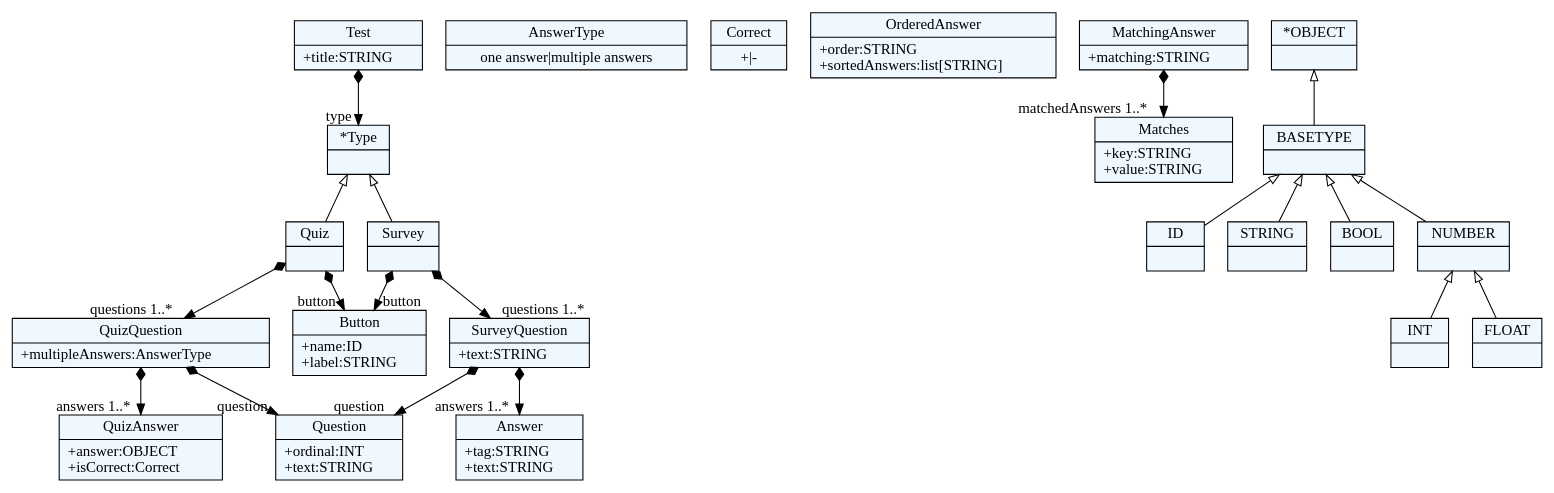
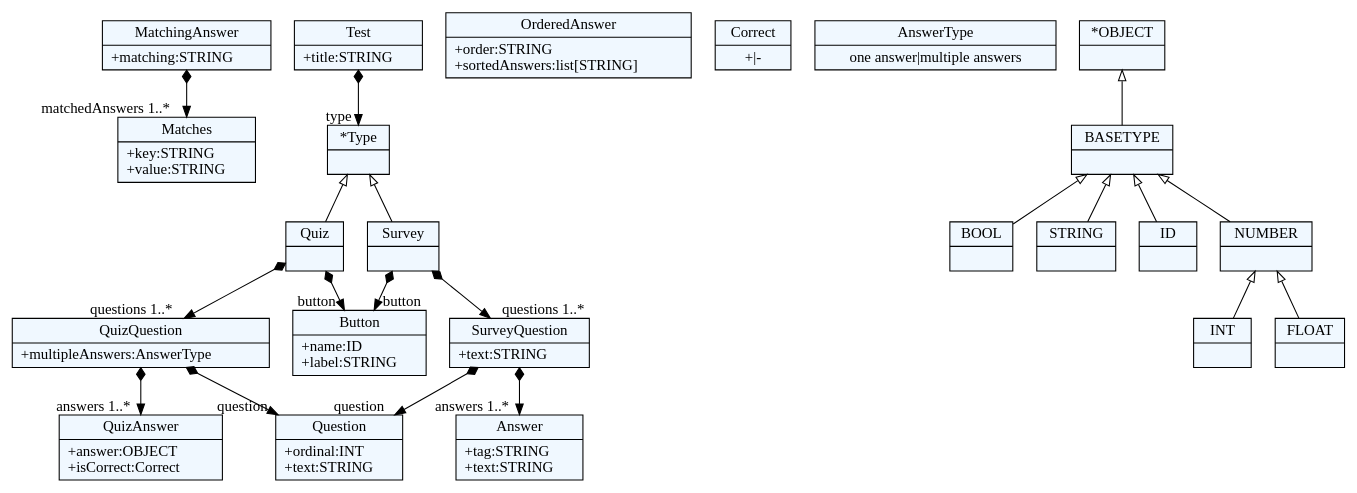
One commit to igen-ftn/quizgen changed the diagram in quiz/quiz.dot. Above: the diagram before and after it, drawn with Graphviz. The commit also changed 39 other files, not shown here.

```diff
--- a/quiz/quiz.dot
+++ b/quiz/quiz.dot
@@ -1,80 +1,80 @@
 
     digraph xtext {
     fontname = "Bitstream Vera Sans"
     fontsize = 8
     node[
         shape=record,
         style=filled,
         fillcolor=aliceblue
     ]
     nodesep = 0.3
     edge[dir=black,arrowtail=empty]
 
 
-2023246167896 -> 2023246152792[arrowtail=diamond, dir=both, headlabel="type "]
-2023246167896[ label="{Test|+title:STRING\l}"]
+30442824[ label="{Matches|+key:STRING\l+value:STRING\l}"]
 
-2023246152792[ label="{*Type|}"]
-2023246152792 -> 2023246144296 [dir=back]
-2023246152792 -> 2023246151848 [dir=back]
+29983272 -> 30681864[arrowtail=diamond, dir=both, headlabel="type "]
+29983272[ label="{Test|+title:STRING\l}"]
 
-2023246144296 -> 2023246172616[arrowtail=diamond, dir=both, headlabel="questions 1..*"]
-2023246144296 -> 2023246156568[arrowtail=diamond, dir=both, headlabel="button "]
-2023246144296[ label="{Quiz|}"]
+30832600[ label="{OrderedAnswer|+order:STRING\l+sortedAnswers:list[STRING]\l}"]
 
-2023246151848 -> 2023246187720[arrowtail=diamond, dir=both, headlabel="questions 1..*"]
-2023246151848 -> 2023246156568[arrowtail=diamond, dir=both, headlabel="button "]
-2023246151848[ label="{Survey|}"]
+30178952[ label="{Button|+name:ID\l+label:STRING\l}"]
 
-2023246172616 -> 2023246179224[arrowtail=diamond, dir=both, headlabel="question "]
-2023246172616 -> 2023246181112[arrowtail=diamond, dir=both, headlabel="answers 1..*"]
-2023246172616[ label="{QuizQuestion|+multipleAnswers:AnswerType\l}"]
+30791464[ label="{Correct|+\|-}"]
 
-2023246177336[ label="{AnswerType|one answer\|multiple answers}"]
+30302664 -> 30767336[arrowtail=diamond, dir=both, headlabel="question "]
+30302664 -> 30785560[arrowtail=diamond, dir=both, headlabel="answers 1..*"]
+30302664[ label="{QuizQuestion|+multipleAnswers:AnswerType\l}"]
 
-2023246187720 -> 2023246179224[arrowtail=diamond, dir=both, headlabel="question "]
-2023246187720 -> 2023246189608[arrowtail=diamond, dir=both, headlabel="answers 1..*"]
-2023246187720[ label="{SurveyQuestion|+text:STRING\l}"]
+30767336[ label="{Question|+ordinal:INT\l+text:STRING\l}"]
 
-2023246179224[ label="{Question|+ordinal:INT\l+text:STRING\l}"]
+30681864[ label="{*Type|}"]
+30681864 -> 30708296 [dir=back]
+30681864 -> 30182424 [dir=back]
 
-2023246181112[ label="{QuizAnswer|+answer:OBJECT\l+isCorrect:Correct\l}"]
+30436920 -> 30442824[arrowtail=diamond, dir=both, headlabel="matchedAnswers 1..*"]
+30436920[ label="{MatchingAnswer|+matching:STRING\l}"]
 
-2023246183944[ label="{Correct|+\|-}"]
+30182424 -> 30449160[arrowtail=diamond, dir=both, headlabel="questions 1..*"]
+30182424 -> 30178952[arrowtail=diamond, dir=both, headlabel="button "]
+30182424[ label="{Survey|}"]
 
-2023246189608[ label="{Answer|+tag:STRING\l+text:STRING\l}"]
+30708296 -> 30302664[arrowtail=diamond, dir=both, headlabel="questions 1..*"]
+30708296 -> 30178952[arrowtail=diamond, dir=both, headlabel="button "]
+30708296[ label="{Quiz|}"]
 
-2023246192440[ label="{OrderedAnswer|+order:STRING\l+sortedAnswers:list[STRING]\l}"]
+30672328[ label="{AnswerType|one answer\|multiple answers}"]
 
-2023246162232 -> 2023246195272[arrowtail=diamond, dir=both, headlabel="matchedAnswers 1..*"]
-2023246162232[ label="{MatchingAnswer|+matching:STRING\l}"]
+30827512[ label="{Answer|+tag:STRING\l+text:STRING\l}"]
 
-2023246195272[ label="{Matches|+key:STRING\l+value:STRING\l}"]
+30785560[ label="{QuizAnswer|+answer:OBJECT\l+isCorrect:Correct\l}"]
 
-2023246156568[ label="{Button|+name:ID\l+label:STRING\l}"]
+30449160 -> 30767336[arrowtail=diamond, dir=both, headlabel="question "]
+30449160 -> 30827512[arrowtail=diamond, dir=both, headlabel="answers 1..*"]
+30449160[ label="{SurveyQuestion|+text:STRING\l}"]
 
-2023246394456[ label="{ID|}"]
+30504872[ label="{INT|}"]
 
-2023246146184[ label="{STRING|}"]
+29866376[ label="{BOOL|}"]
 
-2023246157512[ label="{BOOL|}"]
+30401864[ label="{FLOAT|}"]
 
-2023246147128[ label="{INT|}"]
+30964360[ label="{STRING|}"]
 
-2023246164120[ label="{FLOAT|}"]
+29883800[ label="{ID|}"]
 
-2023246168840[ label="{NUMBER|}"]
-2023246168840 -> 2023246164120 [dir=back]
-2023246168840 -> 2023246147128 [dir=back]
+30821400[ label="{NUMBER|}"]
+30821400 -> 30401864 [dir=back]
+30821400 -> 30504872 [dir=back]
 
-2023246173560[ label="{BASETYPE|}"]
-2023246173560 -> 2023246168840 [dir=back]
-2023246173560 -> 2023246157512 [dir=back]
-2023246173560 -> 2023246394456 [dir=back]
-2023246173560 -> 2023246146184 [dir=back]
+30974744[ label="{BASETYPE|}"]
+30974744 -> 30821400 [dir=back]
+30974744 -> 29866376 [dir=back]
+30974744 -> 29883800 [dir=back]
+30974744 -> 30964360 [dir=back]
 
-2023246166952[ label="{*OBJECT|}"]
-2023246166952 -> 2023246173560 [dir=back]
+29953320[ label="{*OBJECT|}"]
+29953320 -> 30974744 [dir=back]
 
 
 }
```
